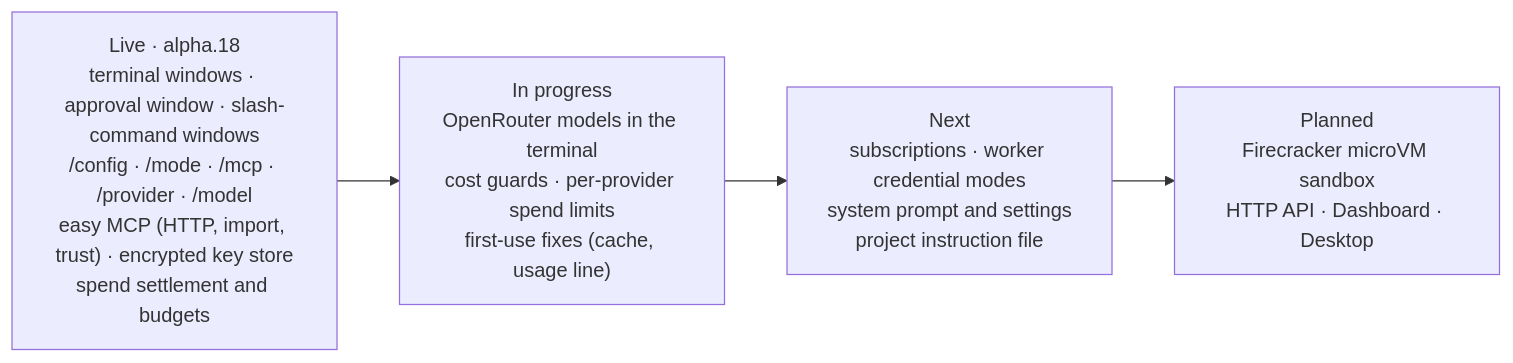
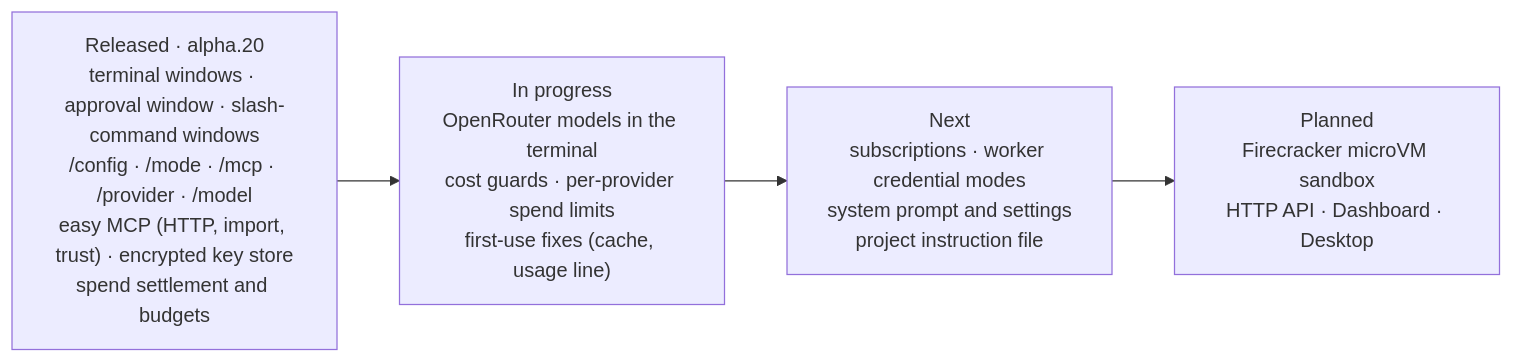
One commit to Verhex/deckent-next changed the fifth of 5 diagrams in README.md. Above: the diagram before and after it, drawn with Mermaid. The commit also changed other lines of this file and 5 other files, not shown here.

````diff
--- a/README.md
+++ b/README.md
@@ -292,6 +292,6 @@
 ```mermaid
 flowchart LR
-  L["Live · alpha.18<br/>terminal windows · approval window · slash-command windows<br/>/config · /mode · /mcp · /provider · /model<br/>easy MCP (HTTP, import, trust) · encrypted key store<br/>spend settlement and budgets"] --> P["In progress<br/>OpenRouter models in the terminal<br/>cost guards · per-provider spend limits<br/>first-use fixes (cache, usage line)"]
+  L["Released · alpha.20<br/>terminal windows · approval window · slash-command windows<br/>/config · /mode · /mcp · /provider · /model<br/>easy MCP (HTTP, import, trust) · encrypted key store<br/>spend settlement and budgets"] --> P["In progress<br/>OpenRouter models in the terminal<br/>cost guards · per-provider spend limits<br/>first-use fixes (cache, usage line)"]
   P --> N["Next<br/>subscriptions · worker credential modes<br/>system prompt and settings<br/>project instruction file"]
   N --> F["Planned<br/>Firecracker microVM sandbox<br/>HTTP API · Dashboard · Desktop"]
 ```
````
